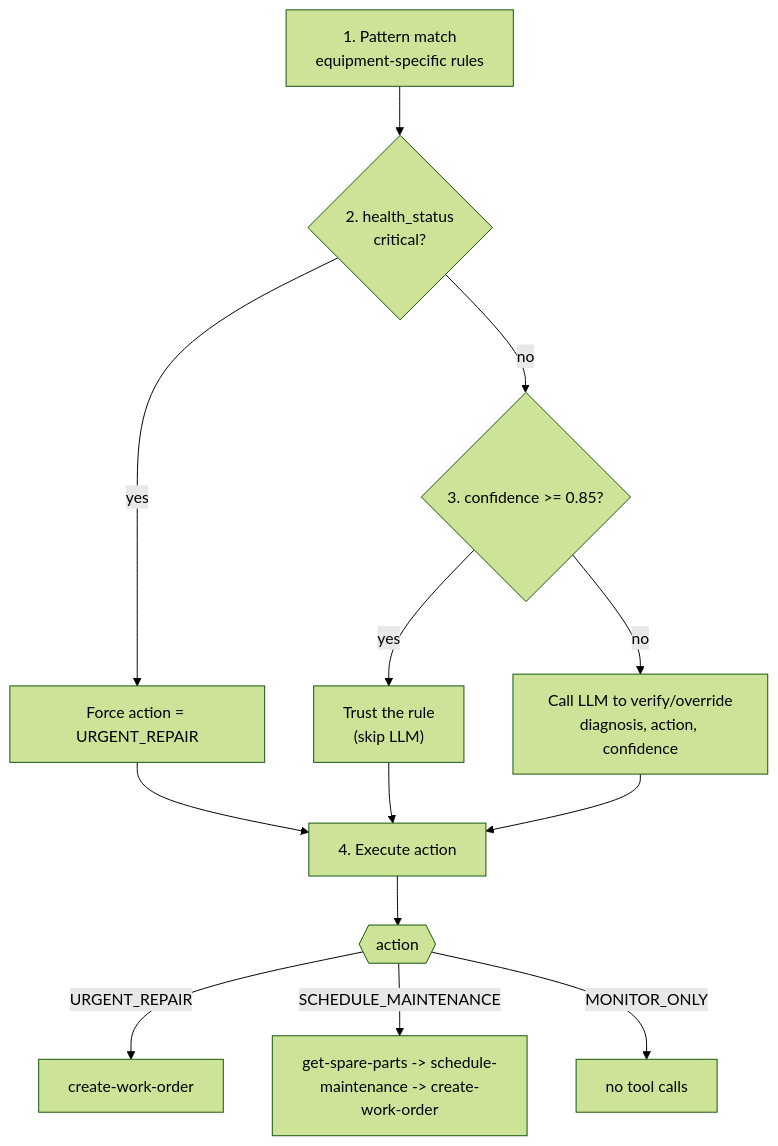
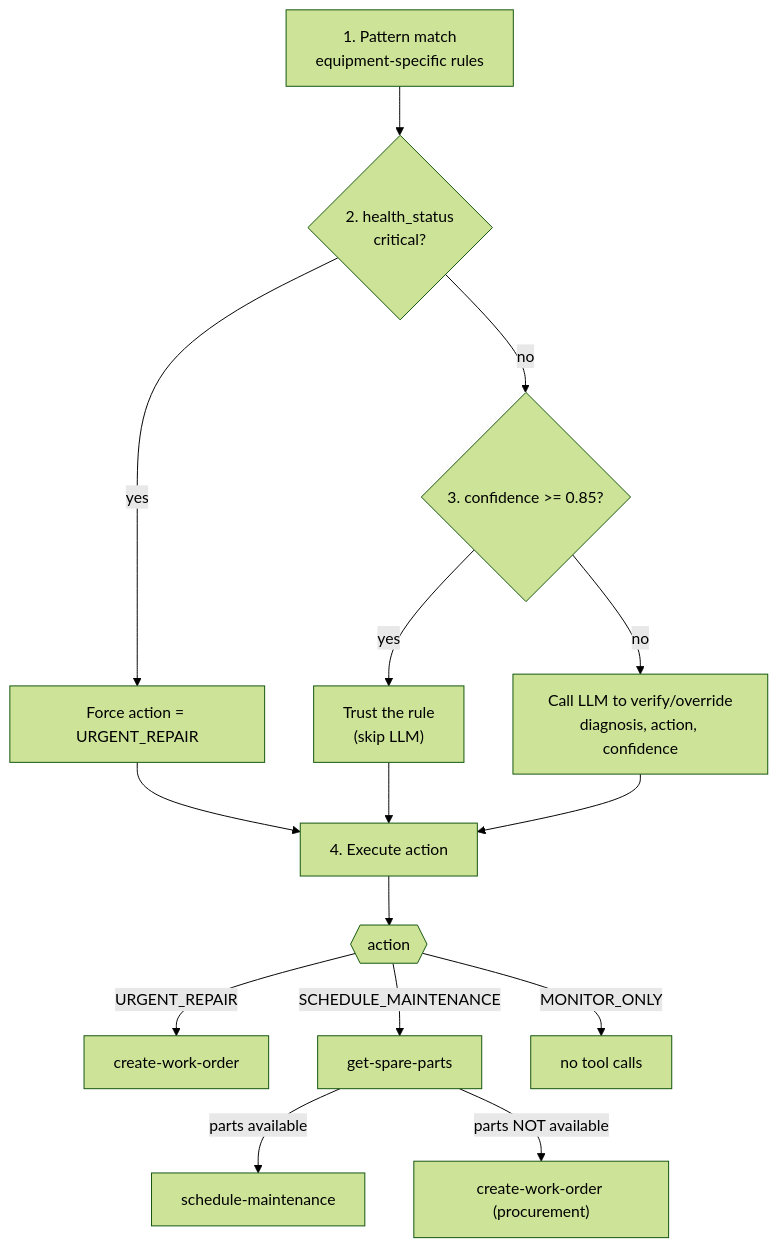
The first of 3 diagrams in ARCHITECTURE.md (Tapani-V/agentic-eco-sentinel-team02), drawn with Mermaid (forest theme) before and after one commit. The commit also changed other lines of this file, not shown here.

First line of the commit message:
Fix SCHEDULE_MAINTENANCE flow docs: it's a conditional fork, not a fixed sequence

````diff
--- a/ARCHITECTURE.md
+++ b/ARCHITECTURE.md
@@ -26,15 +26,17 @@
 ```mermaid
 flowchart TD
     A["1. Pattern match\nequipment-specific rules"] --> B{"2. health_status\ncritical?"}
     B -- yes --> C["Force action = URGENT_REPAIR"]
     B -- no --> D{"3. confidence >= 0.85?"}
     D -- yes --> E["Trust the rule\n(skip LLM)"]
     D -- no --> F["Call LLM to verify/override\ndiagnosis, action, confidence"]
     C --> G["4. Execute action"]
     E --> G
     F --> G
     G --> H{{action}}
     H -- URGENT_REPAIR --> I["create-work-order"]
-    H -- SCHEDULE_MAINTENANCE --> J["get-spare-parts -> schedule-maintenance -> create-work-order"]
+    H -- SCHEDULE_MAINTENANCE --> J["get-spare-parts"]
+    J -- parts available --> J1["schedule-maintenance"]
+    J -- parts NOT available --> J2["create-work-order (procurement)"]
     H -- MONITOR_ONLY --> K["no tool calls"]
 ```
````
